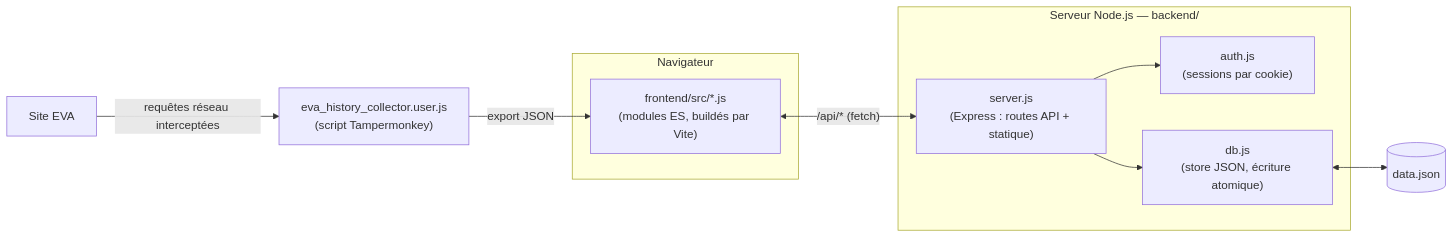
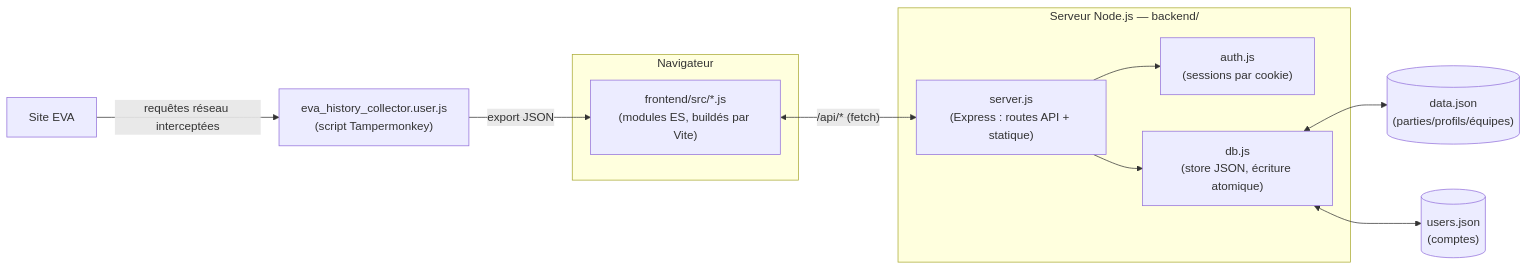
Before and after one commit to Zicrom08/EVA-Debrief: the diagram in README.md, drawn with Mermaid. The commit also changed other lines of this file and 5 other files, not shown here.

````diff
--- a/README.md
+++ b/README.md
@@ -97,21 +97,23 @@
 ```mermaid
 flowchart LR
     subgraph Navigateur
         UI["frontend/src/*.js<br/>(modules ES, buildés par Vite)"]
     end
     subgraph SRVBOX["Serveur Node.js — backend/"]
         SRV["server.js<br/>(Express : routes API + statique)"]
         AUTH["auth.js<br/>(sessions par cookie)"]
         DB["db.js<br/>(store JSON, écriture atomique)"]
     end
-    FILE[("data.json")]
+    FILE[("data.json<br/>(parties/profils/équipes)")]
+    UFILE[("users.json<br/>(comptes)")]
     EVA["Site EVA"]
     TM["eva_history_collector.user.js<br/>(script Tampermonkey)"]
 
     EVA -- requêtes réseau interceptées --> TM
     TM -- export JSON --> UI
     UI <-- "/api/*  (fetch)" --> SRV
     SRV --> AUTH
     SRV --> DB
     DB <--> FILE
+    DB <--> UFILE
 ```
````
